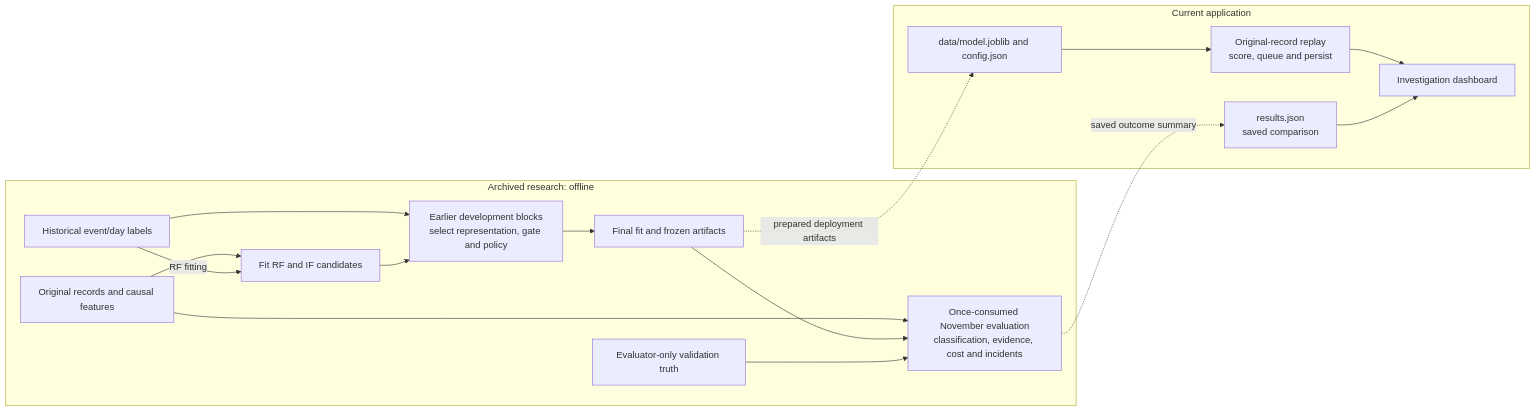
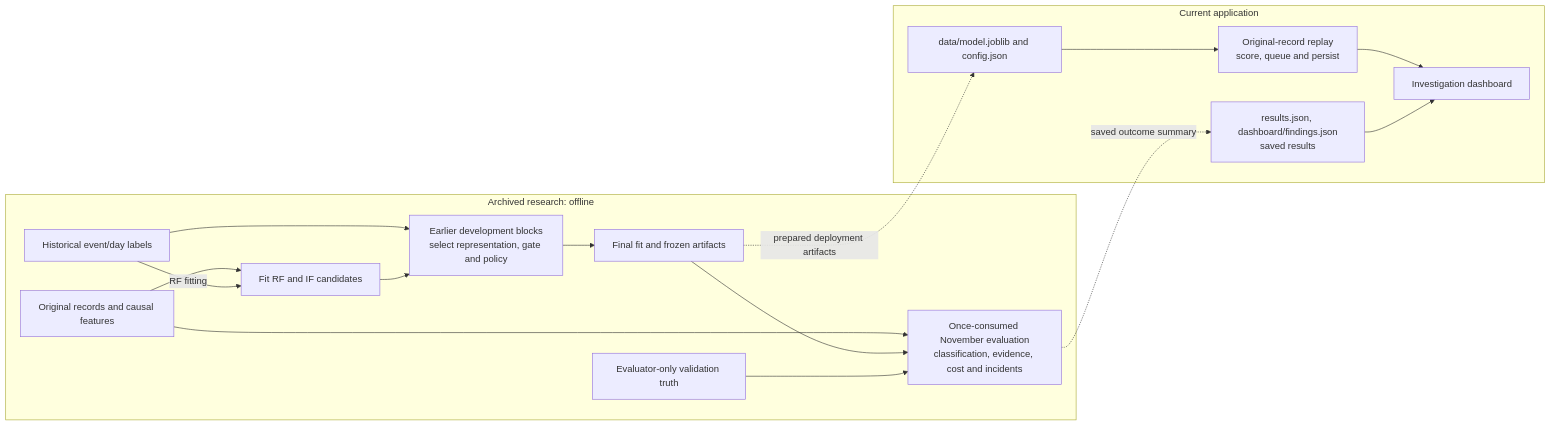
One commit to lazinWolf/SentinelID changed the second of 4 diagrams in ARCHITECTURE.md. Above: the diagram before and after it, drawn with Mermaid. The commit also changed other lines of this file and 12 other files, not shown here.

````diff
--- a/ARCHITECTURE.md
+++ b/ARCHITECTURE.md
@@ -87,28 +91,28 @@
 ```mermaid
 flowchart LR
     subgraph RESEARCH["Archived research: offline"]
         RAW["Original records and causal features"]
         LABELS["Historical event/day labels"]
         FIT["Fit RF and IF candidates"]
         DEV["Earlier development blocks<br/>select representation, gate and policy"]
         FREEZE["Final fit and frozen artifacts"]
         EVAL["Once-consumed November evaluation<br/>classification, evidence, cost and incidents"]
         TRUTH["Evaluator-only validation truth"]
         RAW --> FIT
         RAW --> EVAL
         LABELS -->|RF fitting| FIT
         LABELS --> DEV
         FIT --> DEV --> FREEZE --> EVAL
         TRUTH --> EVAL
     end
     subgraph ACTIVE["Current application"]
         BUNDLE["data/model.joblib and config.json"]
         REPLAY["Original-record replay<br/>score, queue and persist"]
-        SAVED["results.json<br/>saved comparison"]
+        SAVED["results.json, dashboard/findings.json<br/>saved results"]
         DASH["Investigation dashboard"]
         BUNDLE --> REPLAY --> DASH
         SAVED --> DASH
     end
     FREEZE -. "prepared deployment artifacts" .-> BUNDLE
     EVAL -. "saved outcome summary" .-> SAVED
 ```
````
